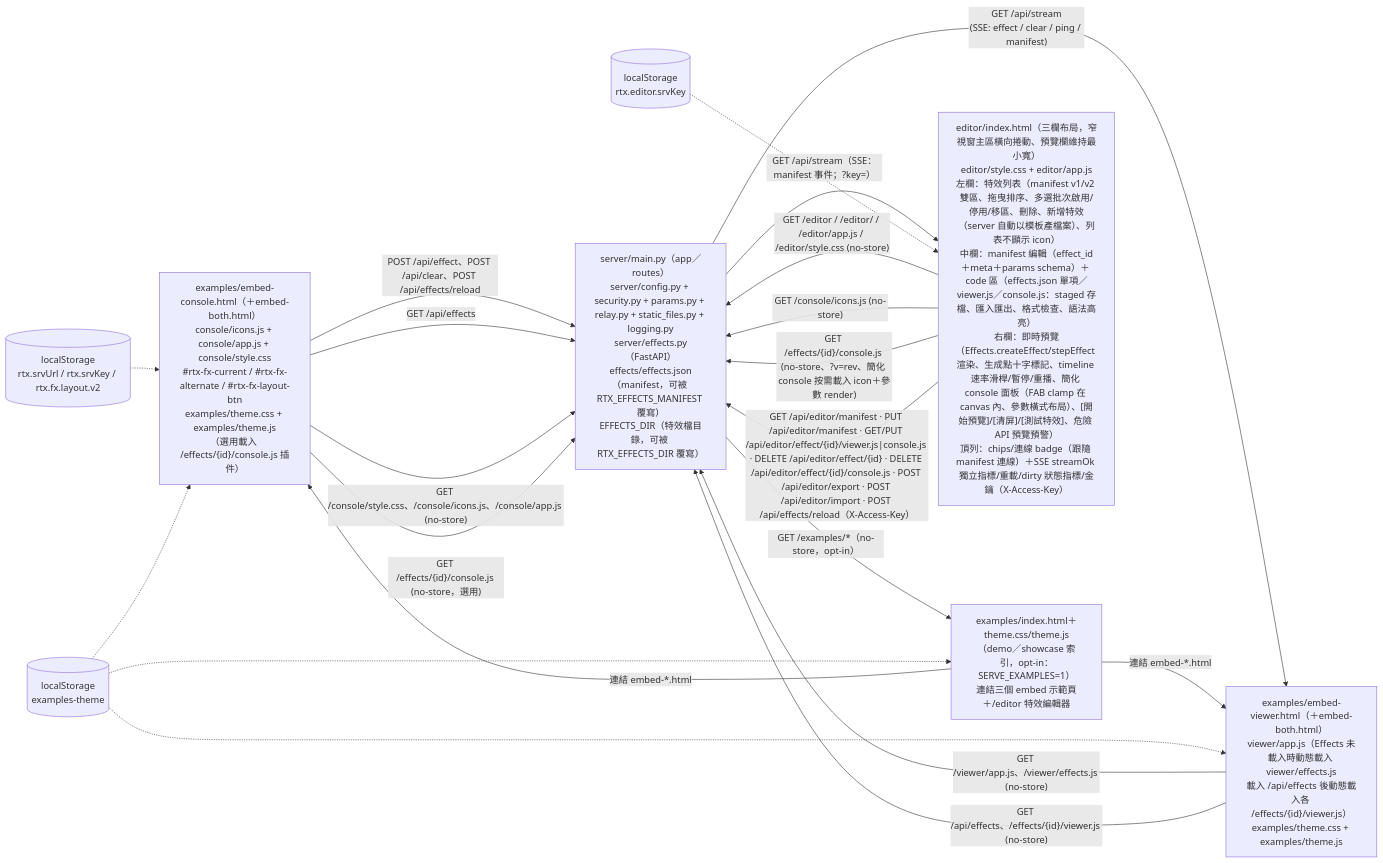
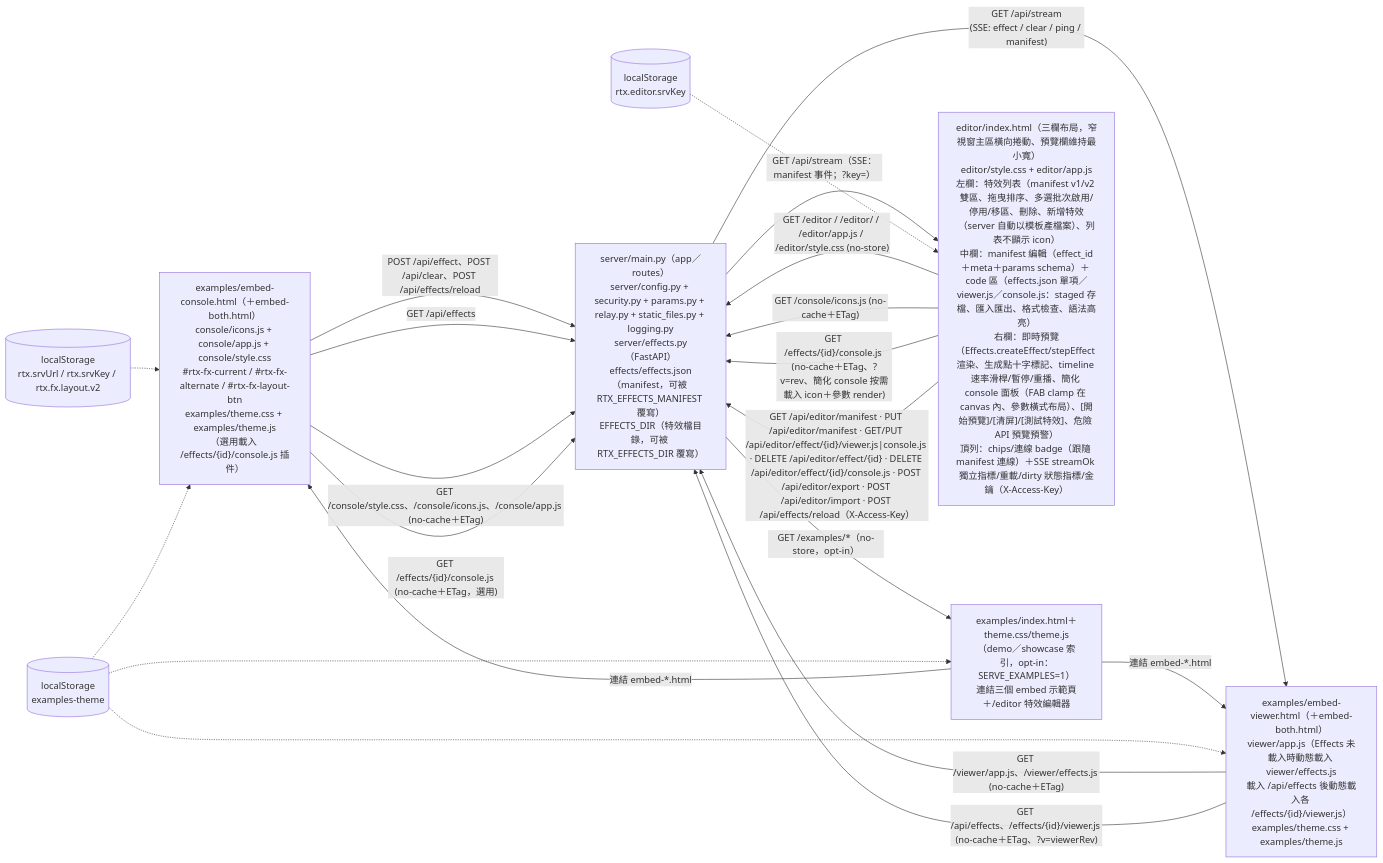
Before and after one commit to zivngit/Real-time-Interaction-html: the first of 7 diagrams in docs/agents/CALL_GRAPH.md, drawn with Mermaid. The commit also changed other lines of this file and 8 other files, not shown here.

Commit message:
feat(viewer): 插件 per-effect rev 與靜態資產 ETag 條件請求（S4）

````diff
--- a/docs/agents/CALL_GRAPH.md
+++ b/docs/agents/CALL_GRAPH.md
@@ -7,31 +7,31 @@
 ```mermaid
 flowchart LR
     C["examples/embed-console.html（＋embed-both.html）<br/>console/icons.js + console/app.js + console/style.css<br/>#rtx-fx-current / #rtx-fx-alternate / #rtx-fx-layout-btn<br/>examples/theme.css + examples/theme.js<br/>（選用載入 /effects/{id}/console.js 插件）"]
     S["server/main.py（app／routes）<br/>server/config.py + security.py + params.py + relay.py + static_files.py + logging.py<br/>server/effects.py（FastAPI）<br/>effects/effects.json（manifest，可被 RTX_EFFECTS_MANIFEST 覆寫）<br/>EFFECTS_DIR（特效檔目錄，可被 RTX_EFFECTS_DIR 覆寫）"]
     V["examples/embed-viewer.html（＋embed-both.html）<br/>viewer/app.js（Effects 未載入時動態載入 viewer/effects.js<br/>載入 /api/effects 後動態載入各 /effects/{id}/viewer.js）<br/>examples/theme.css + examples/theme.js"]
     E["examples/index.html＋theme.css/theme.js<br/>（demo／showcase 索引，opt-in：SERVE_EXAMPLES=1）<br/>連結三個 embed 示範頁＋/editor 特效編輯器"]
     EDP["editor/index.html（三欄布局，窄視窗主區橫向捲動、預覽欄維持最小寬）<br/>editor/style.css + editor/app.js<br/>左欄：特效列表（manifest v1/v2 雙區、拖曳排序、多選批次啟用/停用/移區、刪除、新增特效（server 自動以模板產檔案）、列表不顯示 icon）<br/>中欄：manifest 編輯（effect_id＋meta＋params schema）＋ code 區（effects.json 單項／viewer.js／console.js：staged 存檔、匯入匯出、格式檢查、語法高亮）<br/>右欄：即時預覽（Effects.createEffect/stepEffect 渲染、生成點十字標記、timeline 速率滑桿/暫停/重播、簡化 console 面板（FAB clamp 在 canvas 內、參數橫式布局）、[開始預覽]/[清屏]/[測試特效]、危險 API 預覽預警）<br/>頂列：chips/連線 badge（跟隨 manifest 連線）＋SSE streamOk 獨立指標/重載/dirty 狀態指標/金鑰（X-Access-Key）"]
     LS[("localStorage<br/>rtx.srvUrl / rtx.srvKey / rtx.fx.layout.v2")]
     ELS[("localStorage<br/>rtx.editor.srvKey")]
     ET[("localStorage<br/>examples-theme")]
     C -->|"POST /api/effect、POST /api/clear、POST /api/effects/reload"| S
     C -->|"GET /api/effects"| S
-    C -->|"GET /console/style.css、/console/icons.js、/console/app.js (no-store)"| S
-    C -->|"GET /effects/{id}/console.js (no-store，選用)"| S
+    C -->|"GET /console/style.css、/console/icons.js、/console/app.js (no-cache＋ETag)"| S
+    C -->|"GET /effects/{id}/console.js (no-cache＋ETag，選用)"| S
     S -->|"GET /api/stream<br/>(SSE: effect / clear / ping / manifest)"| V
-    V -->|"GET /viewer/app.js、/viewer/effects.js (no-store)"| S
-    V -->|"GET /api/effects、/effects/{id}/viewer.js (no-store)"| S
+    V -->|"GET /viewer/app.js、/viewer/effects.js (no-cache＋ETag)"| S
+    V -->|"GET /api/effects、/effects/{id}/viewer.js (no-cache＋ETag、?v=viewerRev)"| S
     S -->|"GET /examples/*（no-store，opt-in）"| E
     E -->|"連結 embed-*.html"| C
     E -->|"連結 embed-*.html"| V
     LS -.-> C
     ET -.-> C
     ET -.-> V
     ET -.-> E
     EDP -->|"GET /editor / /editor/ / /editor/app.js / /editor/style.css (no-store)"| S
-    EDP -->|"GET /console/icons.js (no-store)"| S
-    EDP -->|"GET /effects/{id}/console.js (no-store、?v=rev、簡化 console 按需載入 icon＋參數 render)"| S
+    EDP -->|"GET /console/icons.js (no-cache＋ETag)"| S
+    EDP -->|"GET /effects/{id}/console.js (no-cache＋ETag、?v=rev、簡化 console 按需載入 icon＋參數 render)"| S
     EDP -->|"GET /api/editor/manifest · PUT /api/editor/manifest · GET/PUT /api/editor/effect/{id}/viewer.js|console.js · DELETE /api/editor/effect/{id} · DELETE /api/editor/effect/{id}/console.js · POST /api/editor/export · POST /api/editor/import · POST /api/effects/reload（X-Access-Key）"| S
     S -->|"GET /api/stream（SSE：manifest 事件；?key=）"| EDP
     ELS -.-> EDP
 ```
````
